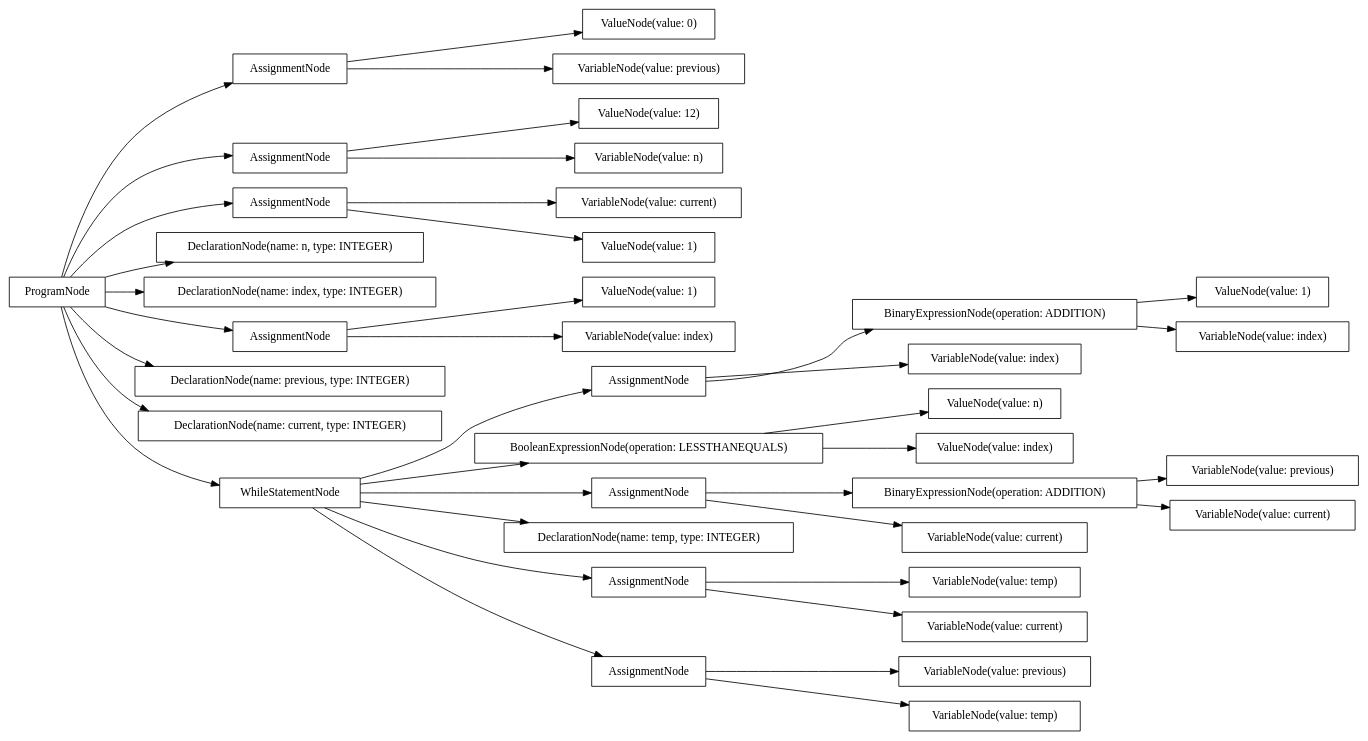
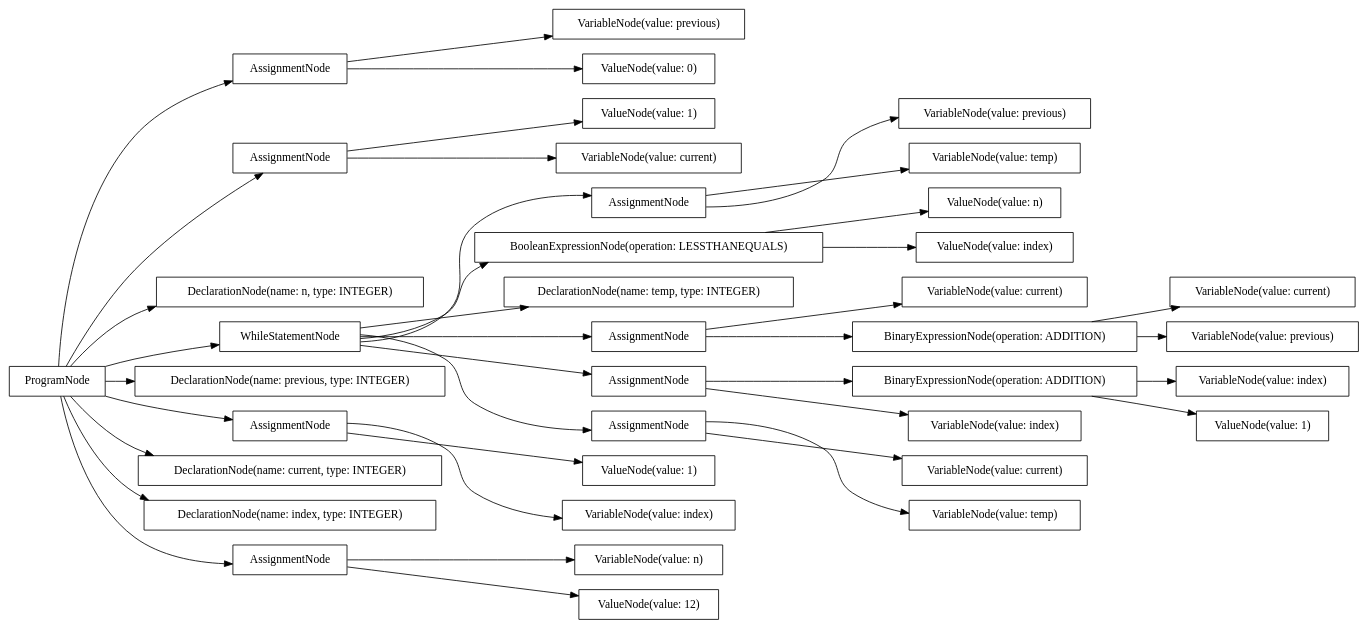
Before and after one commit to AtLeastITry/ANTLR-Python-Compiler: the diagram in src/output/dot/fibonacci.dot, drawn with Graphviz. The commit also changed 9 other files, not shown here.

```diff
--- a/src/output/dot/fibonacci.dot
+++ b/src/output/dot/fibonacci.dot
@@ -1,78 +1,78 @@
 digraph G {
 rankdir=LR
-"758e87f8-3700-4b4b-a46a-335cfe72c9bd" [label="VariableNode(value: current)" shape="box"];
-"7b184967-0028-4b45-9130-c0f030b28766" [label="AssignmentNode" shape="box"];
-"cc47fc6d-44df-4bf0-8711-1a36c2c660ec" [label="AssignmentNode" shape="box"];
-"ed6d64d2-b5a5-4976-8cf6-c78ffff50ca8" [label="AssignmentNode" shape="box"];
-"f66252fe-bddf-4716-b5b7-cdb740a88d74" [label="AssignmentNode" shape="box"];
-"9ffbd37d-c9d5-4bf7-a9f4-8ca41c539aec" [label="DeclarationNode(name: n, type: INTEGER)" shape="box"];
-"d711e33c-3684-41d2-87ec-b0161762f3ee" [label="VariableNode(value: previous)" shape="box"];
-"8d0e8b3c-b594-4d32-9597-21e71024e1ce" [label="DeclarationNode(name: index, type: INTEGER)" shape="box"];
-"d8d54c6c-949c-484b-9edb-17b0cd95d201" [label="ValueNode(value: 1)" shape="box"];
-"4a8c62e1-796e-4714-b318-412b3215c3e0" [label="ValueNode(value: 1)" shape="box"];
-"175ec49c-8d45-4d2d-bff0-80fe78243952" [label="ValueNode(value: 12)" shape="box"];
-"754b1b68-b2b7-418b-af2f-923efcc3db1e" [label="BinaryExpressionNode(operation: ADDITION)" shape="box"];
-"5b030e13-bbc3-4cb2-a45c-3d39f6ab907b" [label="VariableNode(value: previous)" shape="box"];
-"594c1354-8241-4291-892d-89b66bd35d56" [label="VariableNode(value: temp)" shape="box"];
-"bee330e6-4e87-4c4c-ac0c-f7d1e3a8106c" [label="AssignmentNode" shape="box"];
-"91eb00e1-5ceb-456e-98d7-7892abe1d4b3" [label="ValueNode(value: n)" shape="box"];
-"9b2675c5-fbf3-450a-addd-f1acadf20a02" [label="DeclarationNode(name: previous, type: INTEGER)" shape="box"];
-"19f87d57-4fdf-4f5b-82aa-59a9af46be73" [label="BooleanExpressionNode(operation: LESSTHANEQUALS)" shape="box"];
-"adec7716-40ad-491c-a67b-cf7bc5c7a192" [label="VariableNode(value: index)" shape="box"];
-"a0948798-efc5-4159-9c7b-32d752c17022" [label="BinaryExpressionNode(operation: ADDITION)" shape="box"];
-"1337897e-29a7-4a75-baa7-06ccb3e908fb" [label="ValueNode(value: 0)" shape="box"];
-"bc7c0525-d591-40fa-8847-737034de9178" [label="AssignmentNode" shape="box"];
-"86c2bcda-6669-4e43-a198-a6053d1ab411" [label="DeclarationNode(name: temp, type: INTEGER)" shape="box"];
-"29b3723e-0d92-4f94-9274-1654600ecac0" [label="ProgramNode" shape="box"];
-"8866562d-389d-4cb7-8b33-3eb20744644f" [label="ValueNode(value: 1)" shape="box"];
-"398151b3-c591-45c2-8db9-573e3bb4bbbe" [label="VariableNode(value: temp)" shape="box"];
-"18a51010-f6bf-463c-9da9-e0838767b009" [label="VariableNode(value: n)" shape="box"];
-"24b937b9-e07f-478a-bbcf-7c8449e49028" [label="VariableNode(value: current)" shape="box"];
-"0bf64e06-c32a-4e4b-9ba7-077f1369e813" [label="DeclarationNode(name: current, type: INTEGER)" shape="box"];
-"a6055a03-f5d2-4c46-8368-06c0e54fb286" [label="VariableNode(value: previous)" shape="box"];
-"d15508ba-3fe5-43c7-a5bc-af52756458f4" [label="VariableNode(value: index)" shape="box"];
-"8c62ea3e-5658-473d-a812-fbbf36d266f5" [label="VariableNode(value: index)" shape="box"];
-"453d165a-ae33-4ae7-af14-011376e3b422" [label="VariableNode(value: current)" shape="box"];
-"5769147d-badb-4f45-bd46-68f5cb8fc701" [label="AssignmentNode" shape="box"];
-"9f01a66b-8a12-4da3-8d1c-f5852c8e7a34" [label="WhileStatementNode" shape="box"];
-"f17347d5-ec1d-4eb3-9e9f-53cd7e0ce66e" [label="ValueNode(value: index)" shape="box"];
-"4c120228-02db-4c13-8482-e975bb86c73b" [label="AssignmentNode" shape="box"];
-"fc5bbfc4-cd9b-4c3a-a6d5-fd949a7dc53b" [label="VariableNode(value: current)" shape="box"];
-"29b3723e-0d92-4f94-9274-1654600ecac0" -> "9ffbd37d-c9d5-4bf7-a9f4-8ca41c539aec";
-"29b3723e-0d92-4f94-9274-1654600ecac0" -> "9b2675c5-fbf3-450a-addd-f1acadf20a02";
-"29b3723e-0d92-4f94-9274-1654600ecac0" -> "0bf64e06-c32a-4e4b-9ba7-077f1369e813";
-"29b3723e-0d92-4f94-9274-1654600ecac0" -> "8d0e8b3c-b594-4d32-9597-21e71024e1ce";
-"29b3723e-0d92-4f94-9274-1654600ecac0" -> "cc47fc6d-44df-4bf0-8711-1a36c2c660ec";
-"cc47fc6d-44df-4bf0-8711-1a36c2c660ec" -> "18a51010-f6bf-463c-9da9-e0838767b009";
-"cc47fc6d-44df-4bf0-8711-1a36c2c660ec" -> "175ec49c-8d45-4d2d-bff0-80fe78243952";
-"29b3723e-0d92-4f94-9274-1654600ecac0" -> "7b184967-0028-4b45-9130-c0f030b28766";
-"7b184967-0028-4b45-9130-c0f030b28766" -> "a6055a03-f5d2-4c46-8368-06c0e54fb286";
-"7b184967-0028-4b45-9130-c0f030b28766" -> "1337897e-29a7-4a75-baa7-06ccb3e908fb";
-"29b3723e-0d92-4f94-9274-1654600ecac0" -> "ed6d64d2-b5a5-4976-8cf6-c78ffff50ca8";
-"ed6d64d2-b5a5-4976-8cf6-c78ffff50ca8" -> "758e87f8-3700-4b4b-a46a-335cfe72c9bd";
-"ed6d64d2-b5a5-4976-8cf6-c78ffff50ca8" -> "d8d54c6c-949c-484b-9edb-17b0cd95d201";
-"29b3723e-0d92-4f94-9274-1654600ecac0" -> "bee330e6-4e87-4c4c-ac0c-f7d1e3a8106c";
-"bee330e6-4e87-4c4c-ac0c-f7d1e3a8106c" -> "d15508ba-3fe5-43c7-a5bc-af52756458f4";
-"bee330e6-4e87-4c4c-ac0c-f7d1e3a8106c" -> "8866562d-389d-4cb7-8b33-3eb20744644f";
-"29b3723e-0d92-4f94-9274-1654600ecac0" -> "9f01a66b-8a12-4da3-8d1c-f5852c8e7a34";
-"9f01a66b-8a12-4da3-8d1c-f5852c8e7a34" -> "19f87d57-4fdf-4f5b-82aa-59a9af46be73";
-"19f87d57-4fdf-4f5b-82aa-59a9af46be73" -> "f17347d5-ec1d-4eb3-9e9f-53cd7e0ce66e";
-"19f87d57-4fdf-4f5b-82aa-59a9af46be73" -> "91eb00e1-5ceb-456e-98d7-7892abe1d4b3";
-"9f01a66b-8a12-4da3-8d1c-f5852c8e7a34" -> "86c2bcda-6669-4e43-a198-a6053d1ab411";
-"9f01a66b-8a12-4da3-8d1c-f5852c8e7a34" -> "5769147d-badb-4f45-bd46-68f5cb8fc701";
-"5769147d-badb-4f45-bd46-68f5cb8fc701" -> "594c1354-8241-4291-892d-89b66bd35d56";
-"5769147d-badb-4f45-bd46-68f5cb8fc701" -> "24b937b9-e07f-478a-bbcf-7c8449e49028";
-"9f01a66b-8a12-4da3-8d1c-f5852c8e7a34" -> "bc7c0525-d591-40fa-8847-737034de9178";
-"bc7c0525-d591-40fa-8847-737034de9178" -> "453d165a-ae33-4ae7-af14-011376e3b422";
-"bc7c0525-d591-40fa-8847-737034de9178" -> "a0948798-efc5-4159-9c7b-32d752c17022";
-"a0948798-efc5-4159-9c7b-32d752c17022" -> "fc5bbfc4-cd9b-4c3a-a6d5-fd949a7dc53b";
-"a0948798-efc5-4159-9c7b-32d752c17022" -> "d711e33c-3684-41d2-87ec-b0161762f3ee";
-"9f01a66b-8a12-4da3-8d1c-f5852c8e7a34" -> "4c120228-02db-4c13-8482-e975bb86c73b";
-"4c120228-02db-4c13-8482-e975bb86c73b" -> "5b030e13-bbc3-4cb2-a45c-3d39f6ab907b";
-"4c120228-02db-4c13-8482-e975bb86c73b" -> "398151b3-c591-45c2-8db9-573e3bb4bbbe";
-"9f01a66b-8a12-4da3-8d1c-f5852c8e7a34" -> "f66252fe-bddf-4716-b5b7-cdb740a88d74";
-"f66252fe-bddf-4716-b5b7-cdb740a88d74" -> "adec7716-40ad-491c-a67b-cf7bc5c7a192";
-"f66252fe-bddf-4716-b5b7-cdb740a88d74" -> "754b1b68-b2b7-418b-af2f-923efcc3db1e";
-"754b1b68-b2b7-418b-af2f-923efcc3db1e" -> "8c62ea3e-5658-473d-a812-fbbf36d266f5";
-"754b1b68-b2b7-418b-af2f-923efcc3db1e" -> "4a8c62e1-796e-4714-b318-412b3215c3e0";
+"973fee57-5d9d-469c-8a02-aadc92429274" [label="AssignmentNode" shape="box"];
+"2a303473-afac-46dd-a2eb-d04706f9d5a5" [label="AssignmentNode" shape="box"];
+"686a832f-9a4c-4e64-9cd0-7add2e49c42e" [label="BooleanExpressionNode(operation: LESSTHANEQUALS)" shape="box"];
+"fe6397bf-0891-4b7f-b7d3-aeb9253e4561" [label="DeclarationNode(name: temp, type: INTEGER)" shape="box"];
+"b9288c3e-00d6-4a8a-9c8a-ee84ae99a75a" [label="VariableNode(value: current)" shape="box"];
+"c9fe73ab-ad14-4819-9698-ca47ffc2decd" [label="AssignmentNode" shape="box"];
+"2350dbb2-4e47-4fe5-ae8e-a5972e6fe8fd" [label="ValueNode(value: n)" shape="box"];
+"1c73ebf4-cc67-42c2-937e-57bb96ea2c80" [label="VariableNode(value: n)" shape="box"];
+"8d48b848-a8bb-4bf3-b60b-926a1e4536e1" [label="AssignmentNode" shape="box"];
+"14692b5c-36a1-488a-b2e2-539adab273d9" [label="VariableNode(value: current)" shape="box"];
+"eda82bd9-19df-4db9-a47f-98a3e47ad7bf" [label="BinaryExpressionNode(operation: ADDITION)" shape="box"];
+"557d6b53-1cb0-4701-8d6e-279d6a45ec7b" [label="VariableNode(value: previous)" shape="box"];
+"d1d53fad-d203-4fc3-9865-e162f8497924" [label="BinaryExpressionNode(operation: ADDITION)" shape="box"];
+"d337671d-21d4-44eb-ba9f-d49c01b15870" [label="ValueNode(value: index)" shape="box"];
+"90ce84d0-e14d-4658-9afa-30e72cbe8bff" [label="VariableNode(value: temp)" shape="box"];
+"fd623b23-9ef1-4cd2-ba61-203654b2b8de" [label="AssignmentNode" shape="box"];
+"a66d31f9-70bb-473e-ab43-be4257e2afa8" [label="DeclarationNode(name: n, type: INTEGER)" shape="box"];
+"962c8db2-668b-42d8-8964-b88819e29959" [label="ValueNode(value: 1)" shape="box"];
+"d6f1f637-0344-4c62-86fc-7391b00d515a" [label="WhileStatementNode" shape="box"];
+"7137b974-311a-4082-9af0-42399f7d1633" [label="VariableNode(value: current)" shape="box"];
+"be0ed5bd-f543-4228-acca-aa1efc75aaa5" [label="VariableNode(value: index)" shape="box"];
+"6853a4c6-fe10-46b6-9d34-4c576b26da2b" [label="ProgramNode" shape="box"];
+"d1e55851-edb7-41cd-8051-22398da96f52" [label="DeclarationNode(name: previous, type: INTEGER)" shape="box"];
+"b0e2ea3e-3e35-4cf9-bdea-2c52915ee956" [label="ValueNode(value: 12)" shape="box"];
+"469a974d-3cd7-4ce7-a7c8-49bd44727ac1" [label="AssignmentNode" shape="box"];
+"817e958e-9cac-4eba-ac90-805fdb32057e" [label="VariableNode(value: previous)" shape="box"];
+"b26a91f7-7275-4710-93d6-3c9ff0a2c1b8" [label="VariableNode(value: previous)" shape="box"];
+"58ee0b04-378f-456f-9677-e61ca80cc386" [label="VariableNode(value: index)" shape="box"];
+"9aa187ff-2e18-437a-a42f-dd90dcc5eead" [label="ValueNode(value: 1)" shape="box"];
+"3534d591-de55-4784-9e2a-2fbdbfc0ed4f" [label="VariableNode(value: current)" shape="box"];
+"6e45ecd7-9811-456d-a2e9-b60823253b04" [label="DeclarationNode(name: current, type: INTEGER)" shape="box"];
+"3ffd9601-b86e-4460-9617-f37b3f7de04c" [label="DeclarationNode(name: index, type: INTEGER)" shape="box"];
+"42ab4f38-0a8d-4604-922a-22bf0403b4ba" [label="ValueNode(value: 1)" shape="box"];
+"d31a415c-9a40-4602-8f01-30f4739b6b1d" [label="AssignmentNode" shape="box"];
+"1cf9256c-7304-4ace-a129-32d04a3b71aa" [label="VariableNode(value: temp)" shape="box"];
+"0aaa26a9-d9ca-429b-8414-dac8caed3cd8" [label="AssignmentNode" shape="box"];
+"de87f654-da4a-4cba-9aa4-ec1e7ddf4978" [label="ValueNode(value: 0)" shape="box"];
+"391b0422-44c1-4265-8953-19a5e9fd3c68" [label="VariableNode(value: index)" shape="box"];
+"6853a4c6-fe10-46b6-9d34-4c576b26da2b" -> "a66d31f9-70bb-473e-ab43-be4257e2afa8";
+"6853a4c6-fe10-46b6-9d34-4c576b26da2b" -> "d1e55851-edb7-41cd-8051-22398da96f52";
+"6853a4c6-fe10-46b6-9d34-4c576b26da2b" -> "6e45ecd7-9811-456d-a2e9-b60823253b04";
+"6853a4c6-fe10-46b6-9d34-4c576b26da2b" -> "3ffd9601-b86e-4460-9617-f37b3f7de04c";
+"6853a4c6-fe10-46b6-9d34-4c576b26da2b" -> "0aaa26a9-d9ca-429b-8414-dac8caed3cd8";
+"0aaa26a9-d9ca-429b-8414-dac8caed3cd8" -> "1c73ebf4-cc67-42c2-937e-57bb96ea2c80";
+"0aaa26a9-d9ca-429b-8414-dac8caed3cd8" -> "b0e2ea3e-3e35-4cf9-bdea-2c52915ee956";
+"6853a4c6-fe10-46b6-9d34-4c576b26da2b" -> "2a303473-afac-46dd-a2eb-d04706f9d5a5";
+"2a303473-afac-46dd-a2eb-d04706f9d5a5" -> "b26a91f7-7275-4710-93d6-3c9ff0a2c1b8";
+"2a303473-afac-46dd-a2eb-d04706f9d5a5" -> "de87f654-da4a-4cba-9aa4-ec1e7ddf4978";
+"6853a4c6-fe10-46b6-9d34-4c576b26da2b" -> "8d48b848-a8bb-4bf3-b60b-926a1e4536e1";
+"8d48b848-a8bb-4bf3-b60b-926a1e4536e1" -> "7137b974-311a-4082-9af0-42399f7d1633";
+"8d48b848-a8bb-4bf3-b60b-926a1e4536e1" -> "962c8db2-668b-42d8-8964-b88819e29959";
+"6853a4c6-fe10-46b6-9d34-4c576b26da2b" -> "469a974d-3cd7-4ce7-a7c8-49bd44727ac1";
+"469a974d-3cd7-4ce7-a7c8-49bd44727ac1" -> "391b0422-44c1-4265-8953-19a5e9fd3c68";
+"469a974d-3cd7-4ce7-a7c8-49bd44727ac1" -> "42ab4f38-0a8d-4604-922a-22bf0403b4ba";
+"6853a4c6-fe10-46b6-9d34-4c576b26da2b" -> "d6f1f637-0344-4c62-86fc-7391b00d515a";
+"d6f1f637-0344-4c62-86fc-7391b00d515a" -> "686a832f-9a4c-4e64-9cd0-7add2e49c42e";
+"686a832f-9a4c-4e64-9cd0-7add2e49c42e" -> "d337671d-21d4-44eb-ba9f-d49c01b15870";
+"686a832f-9a4c-4e64-9cd0-7add2e49c42e" -> "2350dbb2-4e47-4fe5-ae8e-a5972e6fe8fd";
+"d6f1f637-0344-4c62-86fc-7391b00d515a" -> "fe6397bf-0891-4b7f-b7d3-aeb9253e4561";
+"d6f1f637-0344-4c62-86fc-7391b00d515a" -> "d31a415c-9a40-4602-8f01-30f4739b6b1d";
+"d31a415c-9a40-4602-8f01-30f4739b6b1d" -> "1cf9256c-7304-4ace-a129-32d04a3b71aa";
+"d31a415c-9a40-4602-8f01-30f4739b6b1d" -> "3534d591-de55-4784-9e2a-2fbdbfc0ed4f";
+"d6f1f637-0344-4c62-86fc-7391b00d515a" -> "c9fe73ab-ad14-4819-9698-ca47ffc2decd";
+"c9fe73ab-ad14-4819-9698-ca47ffc2decd" -> "14692b5c-36a1-488a-b2e2-539adab273d9";
+"c9fe73ab-ad14-4819-9698-ca47ffc2decd" -> "eda82bd9-19df-4db9-a47f-98a3e47ad7bf";
+"eda82bd9-19df-4db9-a47f-98a3e47ad7bf" -> "b9288c3e-00d6-4a8a-9c8a-ee84ae99a75a";
+"eda82bd9-19df-4db9-a47f-98a3e47ad7bf" -> "817e958e-9cac-4eba-ac90-805fdb32057e";
+"d6f1f637-0344-4c62-86fc-7391b00d515a" -> "973fee57-5d9d-469c-8a02-aadc92429274";
+"973fee57-5d9d-469c-8a02-aadc92429274" -> "557d6b53-1cb0-4701-8d6e-279d6a45ec7b";
+"973fee57-5d9d-469c-8a02-aadc92429274" -> "90ce84d0-e14d-4658-9afa-30e72cbe8bff";
+"d6f1f637-0344-4c62-86fc-7391b00d515a" -> "fd623b23-9ef1-4cd2-ba61-203654b2b8de";
+"fd623b23-9ef1-4cd2-ba61-203654b2b8de" -> "be0ed5bd-f543-4228-acca-aa1efc75aaa5";
+"fd623b23-9ef1-4cd2-ba61-203654b2b8de" -> "d1d53fad-d203-4fc3-9865-e162f8497924";
+"d1d53fad-d203-4fc3-9865-e162f8497924" -> "58ee0b04-378f-456f-9677-e61ca80cc386";
+"d1d53fad-d203-4fc3-9865-e162f8497924" -> "9aa187ff-2e18-437a-a42f-dd90dcc5eead";
 }
```
